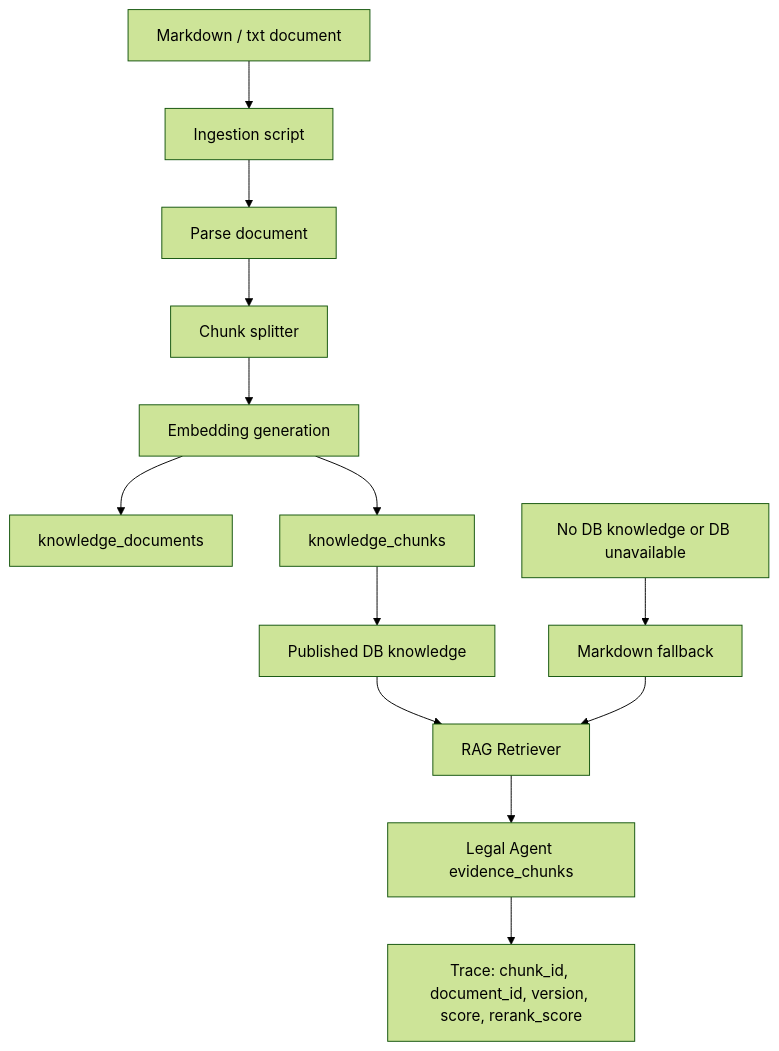
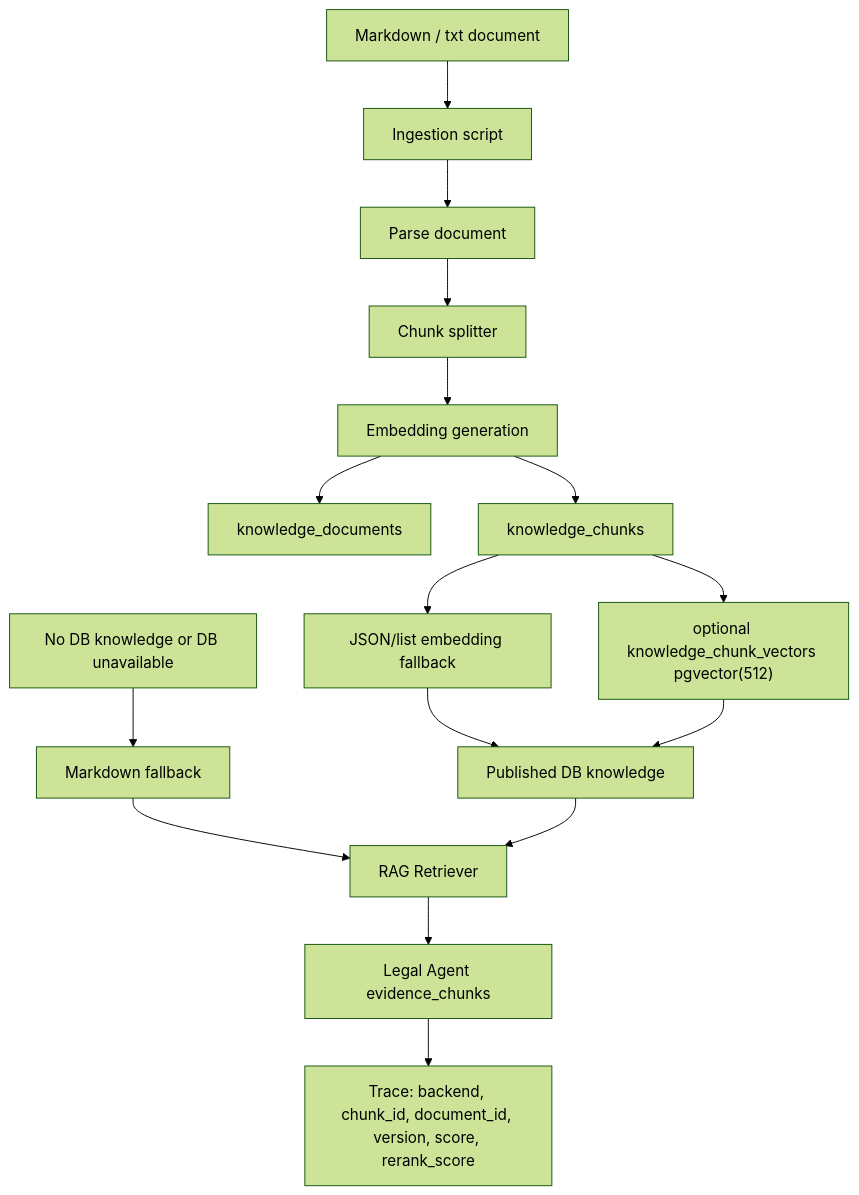
Before and after one commit to Zzzzzzzuj/CrisisAgent: the fifth of 6 diagrams in docs/architecture.md, drawn with Mermaid (forest theme). The commit also changed other lines of this file and 18 other files, not shown here.

````diff
--- a/docs/architecture.md
+++ b/docs/architecture.md
@@ -173,15 +173,18 @@
 ```mermaid
 flowchart TD
     A["Markdown / txt document"] --> B["Ingestion script"]
     B --> C["Parse document"]
     C --> D["Chunk splitter"]
     D --> E["Embedding generation"]
     E --> F["knowledge_documents"]
     E --> G["knowledge_chunks"]
-    G --> H["Published DB knowledge"]
-    H --> I["RAG Retriever"]
-    J["No DB knowledge or DB unavailable"] --> K["Markdown fallback"]
-    K --> I
-    I --> L["Legal Agent evidence_chunks"]
-    L --> M["Trace: chunk_id, document_id, version, score, rerank_score"]
+    G --> H["JSON/list embedding fallback"]
+    G --> I["optional knowledge_chunk_vectors pgvector(512)"]
+    H --> J["Published DB knowledge"]
+    I --> J
+    K["No DB knowledge or DB unavailable"] --> L["Markdown fallback"]
+    L --> M["RAG Retriever"]
+    J --> M
+    M --> N["Legal Agent evidence_chunks"]
+    N --> O["Trace: backend, chunk_id, document_id, version, score, rerank_score"]
 ```
````
